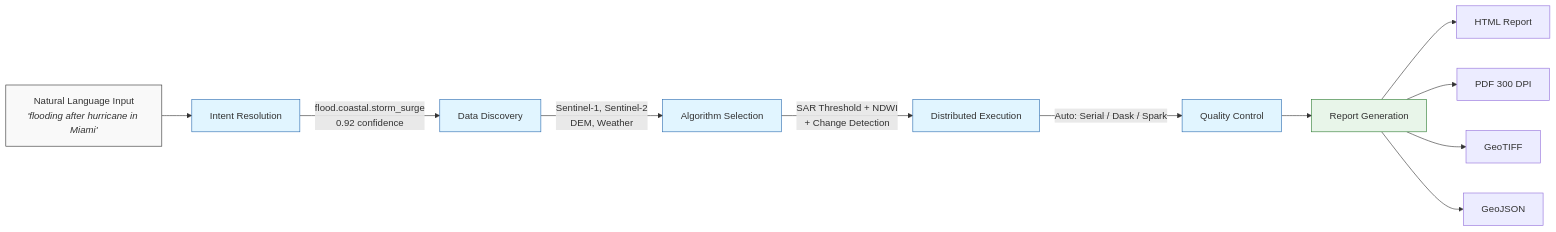
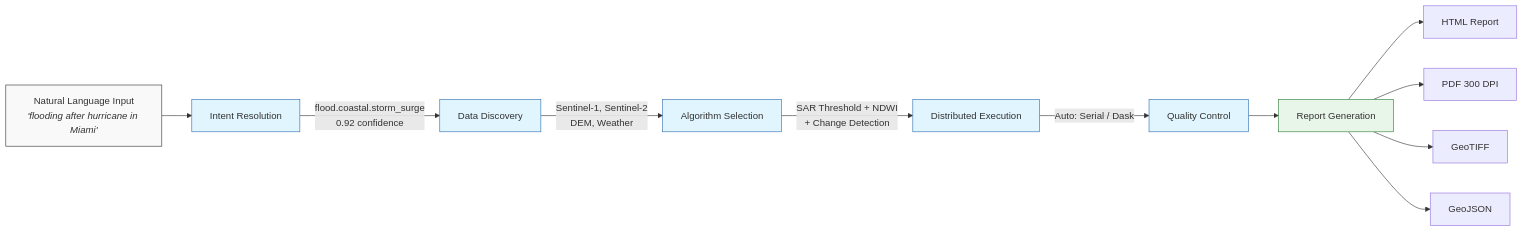
Before and after one commit to gpriceless/firstlight: the diagram in README.md, drawn with Mermaid. The commit also changed other lines of this file and 19 other files, not shown here.

````diff
--- a/README.md
+++ b/README.md
@@ -24,21 +24,21 @@
 ```mermaid
 graph LR
     A["Natural Language Input<br/><i>'flooding after hurricane in Miami'</i>"] --> B[Intent Resolution]
     B -->|"flood.coastal.storm_surge<br/>0.92 confidence"| C[Data Discovery]
     C -->|"Sentinel-1, Sentinel-2<br/>DEM, Weather"| D[Algorithm Selection]
     D -->|"SAR Threshold + NDWI<br/>+ Change Detection"| E[Distributed Execution]
-    E -->|"Auto: Serial / Dask / Spark"| F[Quality Control]
+    E -->|"Auto: Serial / Dask"| F[Quality Control]
     F --> G[Report Generation]
     G --> H[HTML Report]
     G --> I[PDF 300 DPI]
     G --> J[GeoTIFF]
     G --> K[GeoJSON]
 
     style A fill:#f9f9f9,stroke:#333
     style B fill:#e1f5ff,stroke:#2B6CB0
     style C fill:#e1f5ff,stroke:#2B6CB0
     style D fill:#e1f5ff,stroke:#2B6CB0
     style E fill:#e1f5ff,stroke:#2B6CB0
     style F fill:#e1f5ff,stroke:#2B6CB0
     style G fill:#e8f5e9,stroke:#2E7D32
 ```
````
